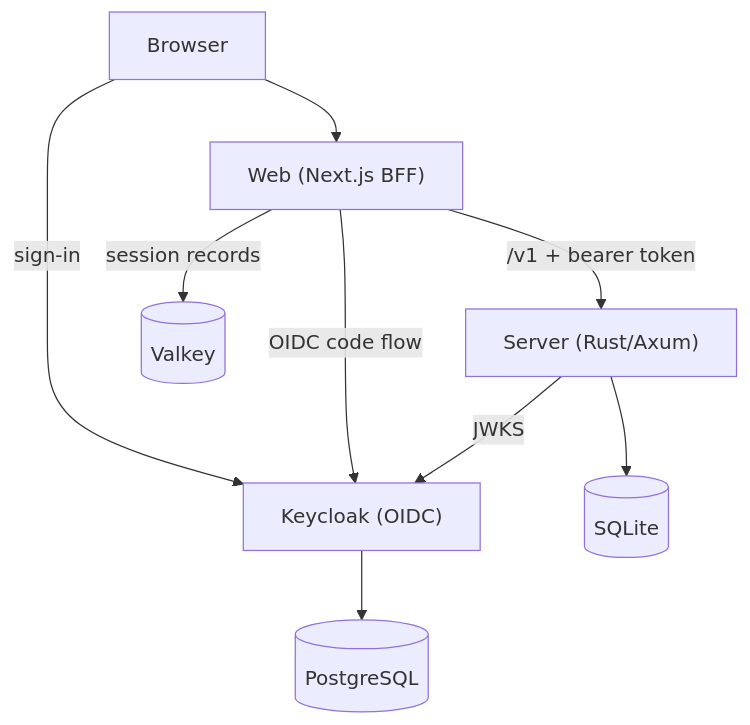
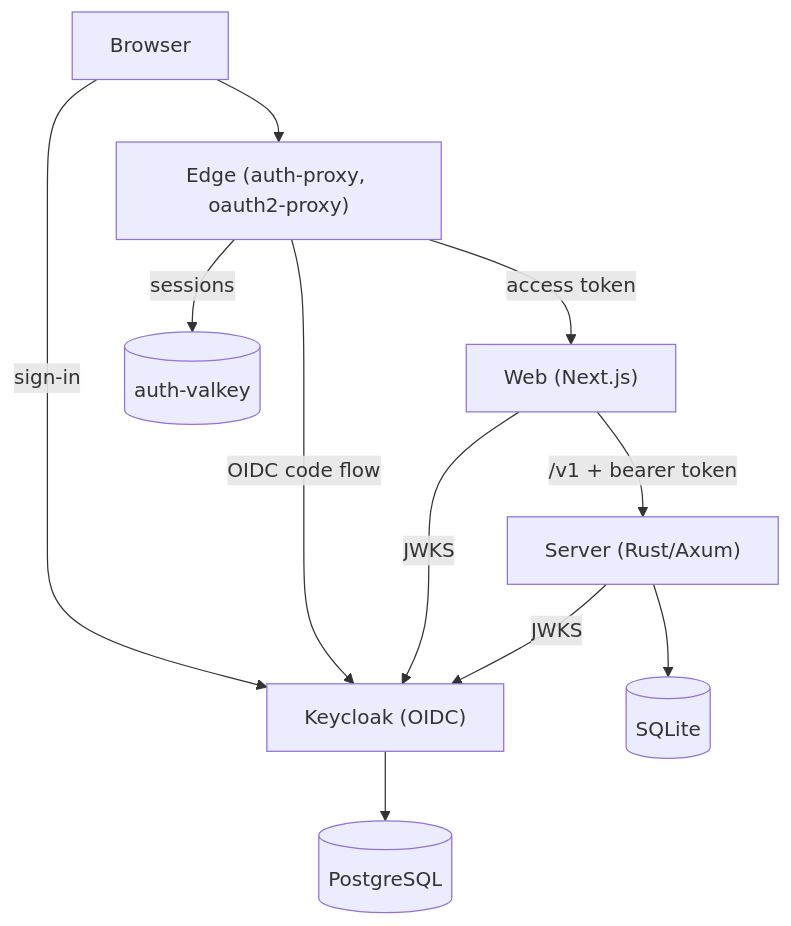
One commit to Kanzo-Tech/keasy changed the diagram in README.md. Above: the diagram before and after it, drawn with Mermaid. The commit also changed other lines of this file and 56 other files, not shown here.

First line of the commit message:
Move to kanzo-ui 0.48: keasy behind auth-proxy (#172)

````diff
--- a/README.md
+++ b/README.md
@@ -154,11 +154,13 @@
 ```mermaid
 graph TD
-    Browser --> Web["Web (Next.js BFF)"]
+    Browser --> Edge["Edge (auth-proxy, oauth2-proxy)"]
     Browser -->|"sign-in"| Keycloak["Keycloak (OIDC)"]
+    Edge -->|"access token"| Web["Web (Next.js)"]
+    Edge -->|"OIDC code flow"| Keycloak
+    Edge -->|"sessions"| Valkey[("auth-valkey")]
     Web -->|"/v1 + bearer token"| Server["Server (Rust/Axum)"]
-    Web -->|"OIDC code flow"| Keycloak
-    Web -->|"session records"| Valkey[("Valkey")]
+    Web -->|"JWKS"| Keycloak
     Server -->|"JWKS"| Keycloak
     Server --> SQLite[("SQLite")]
     Keycloak --> PostgreSQL[("PostgreSQL")]
 ```
````
